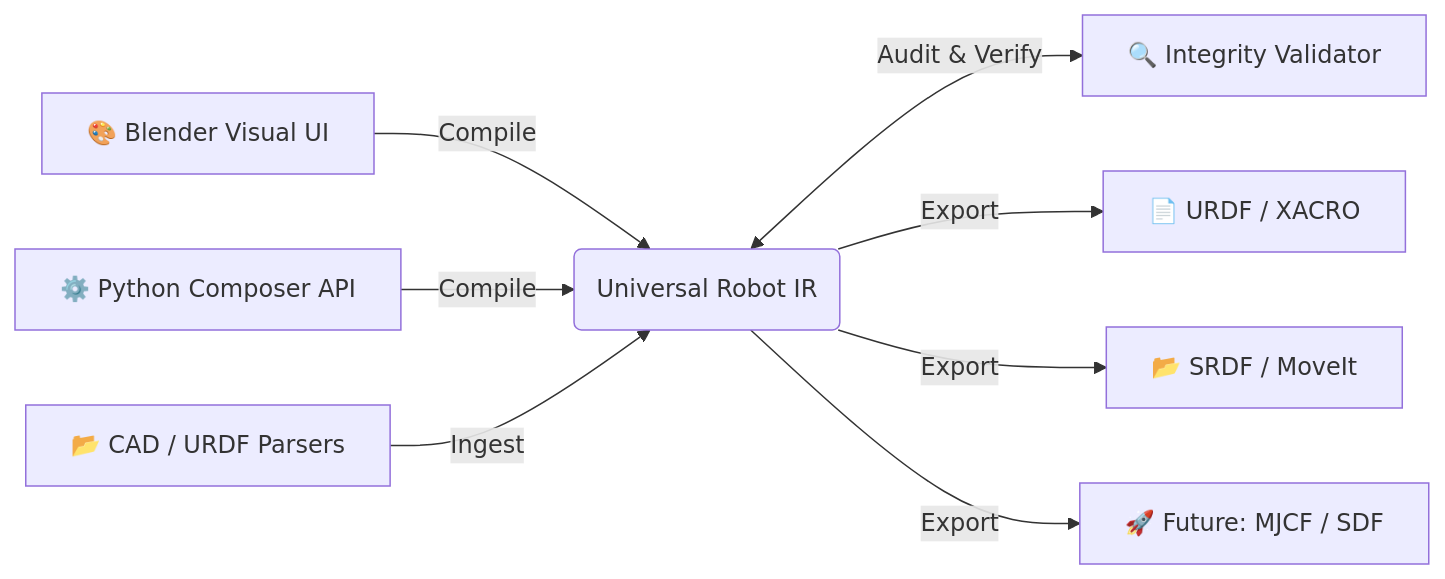
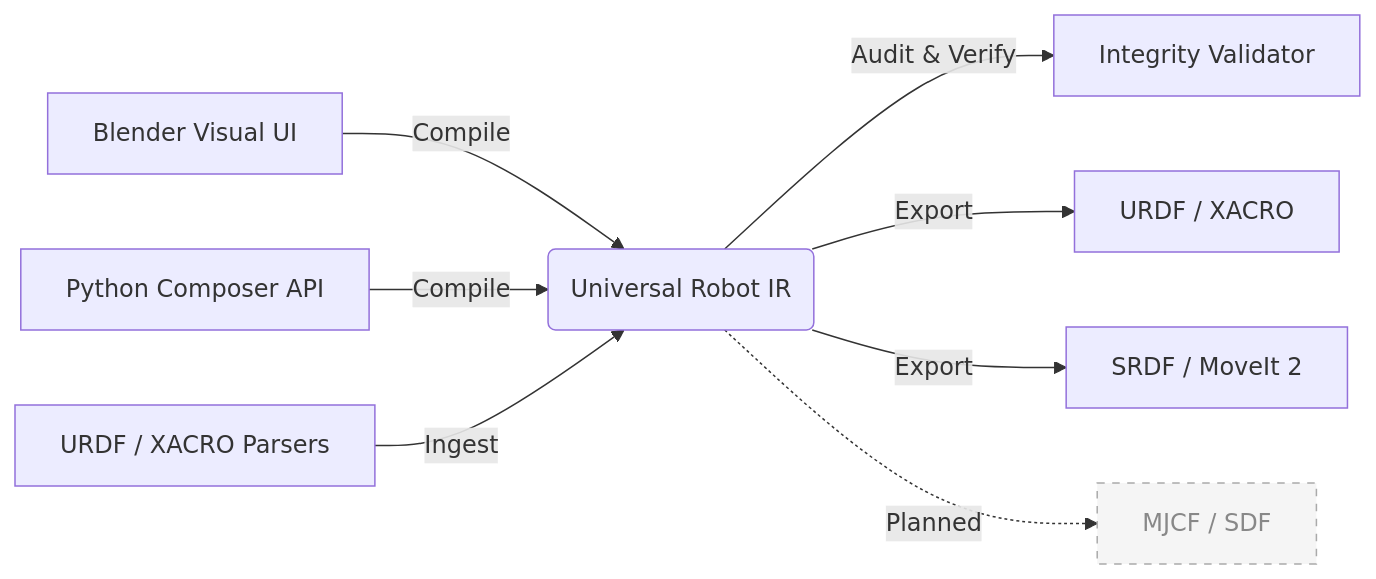
Before and after one commit to arounamounchili/linkforge: the diagram in docs/source/index.md, drawn with Mermaid. The commit also changed other lines of this file and 12 other files, not shown here.

````diff
--- a/docs/source/index.md
+++ b/docs/source/index.md
@@ -9,15 +9,14 @@
 ```{mermaid}
 graph LR
-    %% Frontends
-    UI[🎨 Blender Visual UI] -->|Compile| IR(Universal Robot IR)
-    API[⚙️ Python Composer API] -->|Compile| IR
-    CAD[📂 CAD / URDF Parsers] -->|Ingest| IR
+    UI["Blender Visual UI"] -->|Compile| IR("Universal Robot IR")
+    API["Python Composer API"] -->|Compile| IR
+    CAD["URDF / XACRO Parsers"] -->|Ingest| IR
 
-    %% Core IR & Validation
-    IR <-->|Audit & Verify| Val[🔍 Integrity Validator]
+    IR -->|Audit & Verify| Val["Integrity Validator"]
 
-    %% Backends
-    IR -->|Export| URDF[📄 URDF / XACRO]
-    IR -->|Export| SRDF[📂 SRDF / MoveIt]
-    IR -->|Export| Future[🚀 Future: MJCF / SDF]
+    IR -->|Export| URDF["URDF / XACRO"]
+    IR -->|Export| SRDF["SRDF / MoveIt 2"]
+    IR -.->|Planned| Future["MJCF / SDF"]
+
+    style Future fill:#f5f5f5,stroke:#aaa,stroke-dasharray:5,color:#888
 ```
````
